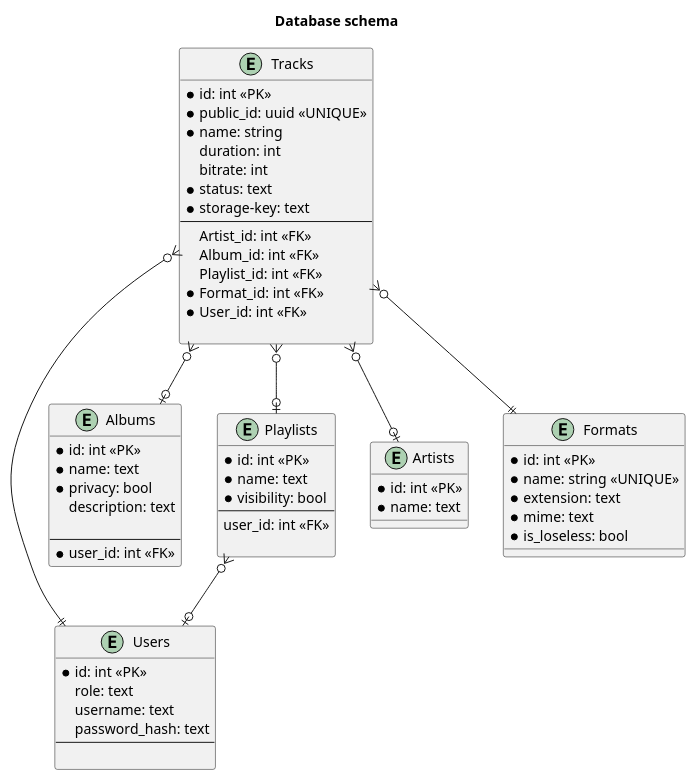
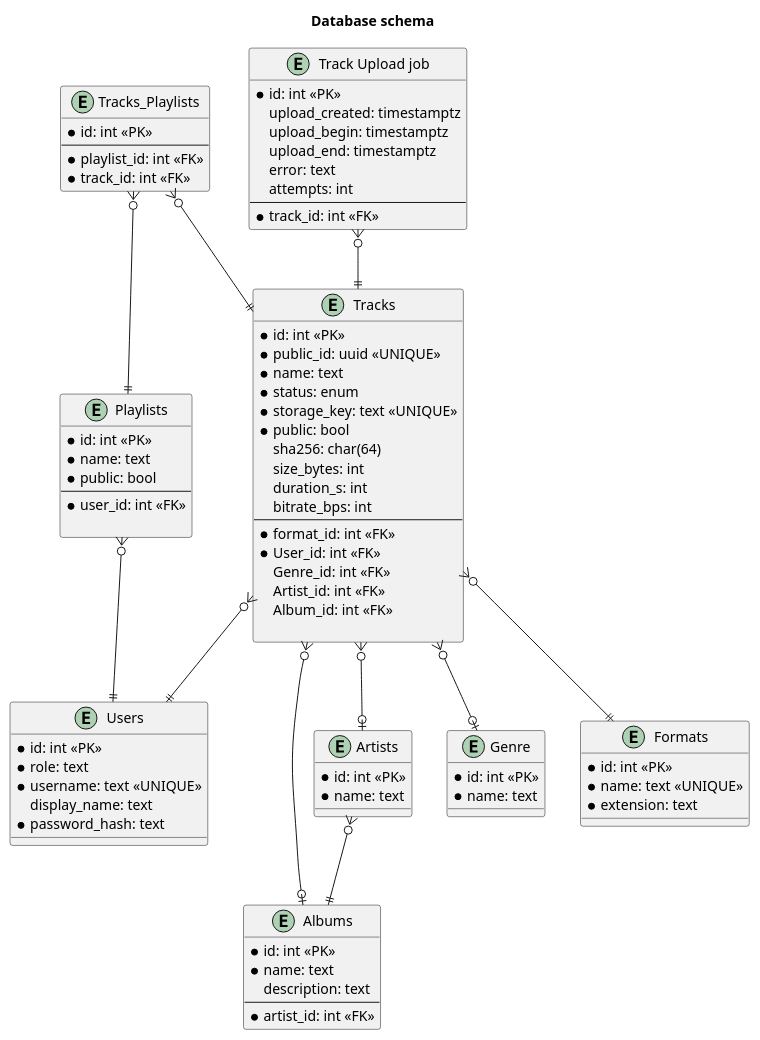
One commit to CapitanMurasa/impulse-streaming changed the diagram in docs/graphs/graph-database.puml. Above: the diagram before and after it, drawn with PlantUML. The commit also changed 3 other files, not shown here.

Commit message:
docs: updated graphs

```diff
--- a/docs/graphs/graph-database.puml
+++ b/docs/graphs/graph-database.puml
@@ -1,72 +1,97 @@
 @startuml
 title Database schema
 
+entity "Tracks_Playlists" as tp{
+    * id: int <<PK>>
+    --
+    * playlist_id: int <<FK>>
+    * track_id: int <<FK>>
+}
+
 entity "Users" as user{
  * id: int <<PK>>
- role: text
- username: text
- password_hash: text
- --
+ * role: text
+ * username: text <<UNIQUE>>
+   display_name: text
+ * password_hash: text
 
 }
 
 entity "Albums" as albums{
     * id: int <<PK>>
     * name: text
-    * privacy: bool
     description: text
-    
     --
-    * user_id: int <<FK>>
+    * artist_id: int <<FK>>
 }
 
 entity "Tracks" as track{
     * id: int <<PK>>
     * public_id: uuid <<UNIQUE>>
-    * name: string
-    duration: int
-    bitrate: int
-    * status: text
-    * storage-key: text
+    * name: text
+    * status: enum
+    * storage_key: text <<UNIQUE>>
+    * public: bool
+    sha256: char(64)
+    size_bytes: int
+    duration_s: int
+    bitrate_bps: int
     --
+    * format_id: int <<FK>>
+    * User_id: int <<FK>>
+    Genre_id: int <<FK>>
     Artist_id: int <<FK>>
     Album_id: int <<FK>>
-    Playlist_id: int <<FK>>
-    * Format_id: int <<FK>>
-    * User_id: int <<FK>>
-    
+
 }
 
 entity "Playlists" as playlists{
     * id: int <<PK>>
     * name: text
-    * visibility: bool
+    * public: bool
     --
-    user_id: int <<FK>>
-    
+    * user_id: int <<FK>>
+
 }
 
 entity "Artists" as artist{
     * id: int <<PK>>
     * name: text
 }
 
+entity "Genre" as genre{
+    * id: int <<PK>>
+    * name: text
+}
 
 entity "Formats" as format{
     * id: int <<PK>>
-    * name: string <<UNIQUE>>
+    * name: text <<UNIQUE>>
     * extension: text
-    * mime: text
-    * is_loseless: bool
 }
 
 
+entity "Track Upload job" as job{
+    * id: int <<PK>>
+    upload_created: timestamptz
+    upload_begin: timestamptz
+    upload_end: timestamptz
+    error: text
+    attempts: int
+    --
+    * track_id: int <<FK>>
+}
+
+tp }o--|| track
+tp }o--|| playlists
+job }o--|| track
+track }o--|| format
 track }o--o| albums
 track }o--o| artist
-track }o--|| format
 track }o--|| user
-track }o--o| playlists
-playlists }o--o| user
+track }o--o| genre
+artist }o--|| albums
+playlists }o--|| user
 
 
 @enduml
```
